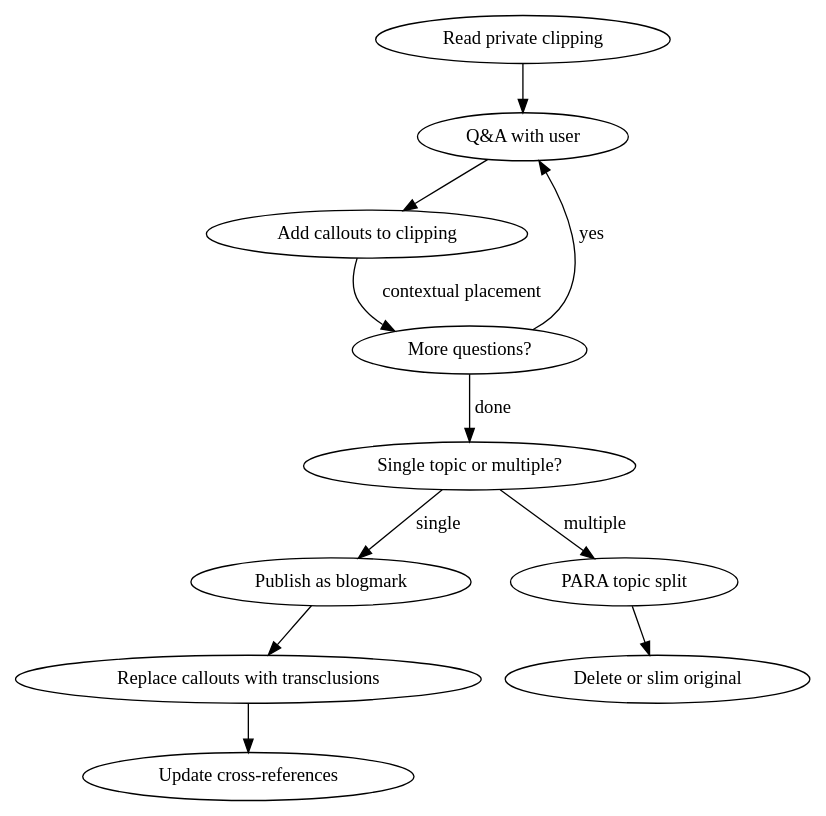
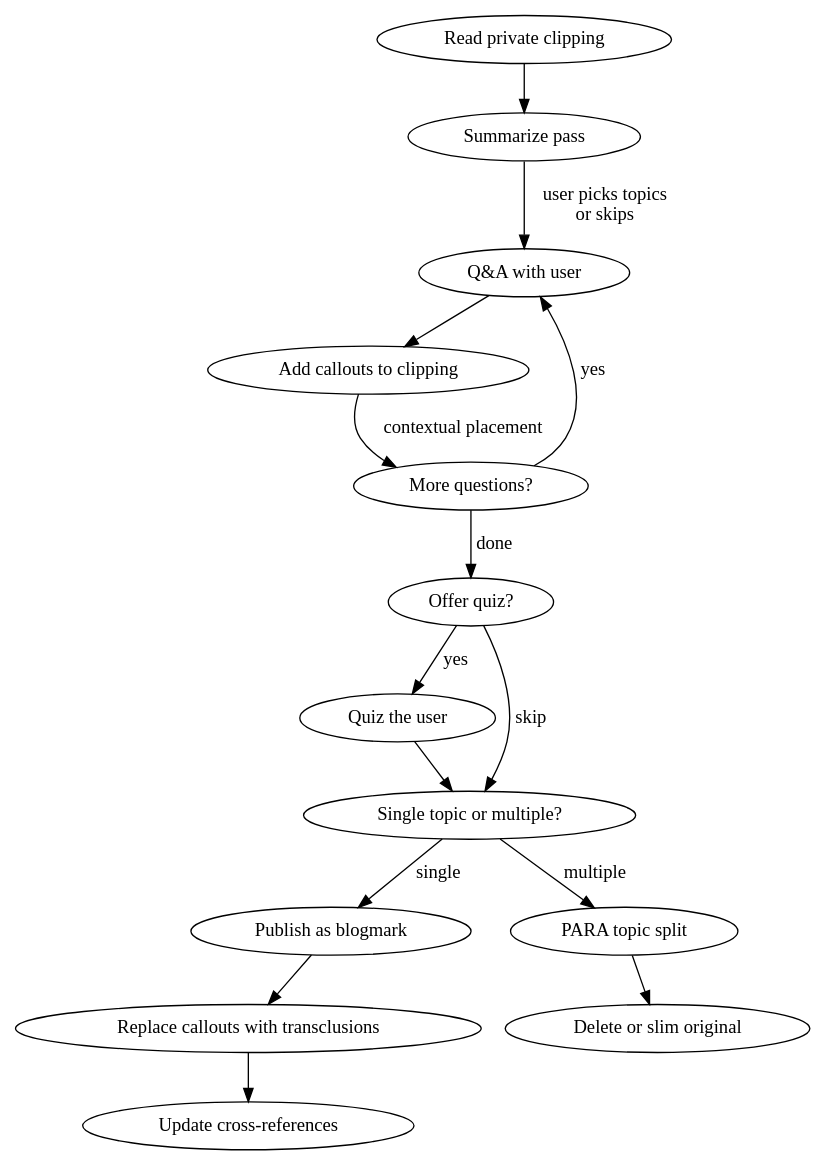
The diagram in .claude/skills/studying-articles/SKILL.md (ziyunli/quartz), drawn with Graphviz before and after one commit. The commit also changed other lines of this file and 1 other file, not shown here.

````diff
--- a/.claude/skills/studying-articles/SKILL.md
+++ b/.claude/skills/studying-articles/SKILL.md
@@ -14,14 +14,18 @@
 ```dot
 digraph study_flow {
-  "Read private clipping" -> "Q&A with user";
+  "Read private clipping" -> "Summarize pass";
+  "Summarize pass" -> "Q&A with user" [label="user picks topics\nor skips"];
   "Q&A with user" -> "Add callouts to clipping";
   "Add callouts to clipping" -> "More questions?" [label="contextual placement"];
   "More questions?" -> "Q&A with user" [label="yes"];
-  "More questions?" -> "Single topic or multiple?" [label="done"];
+  "More questions?" -> "Offer quiz?" [label="done"];
+  "Offer quiz?" -> "Quiz the user" [label="yes"];
+  "Quiz the user" -> "Single topic or multiple?";
+  "Offer quiz?" -> "Single topic or multiple?" [label="skip"];
   "Single topic or multiple?" -> "Publish as blogmark" [label="single"];
   "Single topic or multiple?" -> "PARA topic split" [label="multiple"];
   "Publish as blogmark" -> "Replace callouts with transclusions";
   "Replace callouts with transclusions" -> "Update cross-references";
   "PARA topic split" -> "Delete or slim original";
 }
 ```
````
